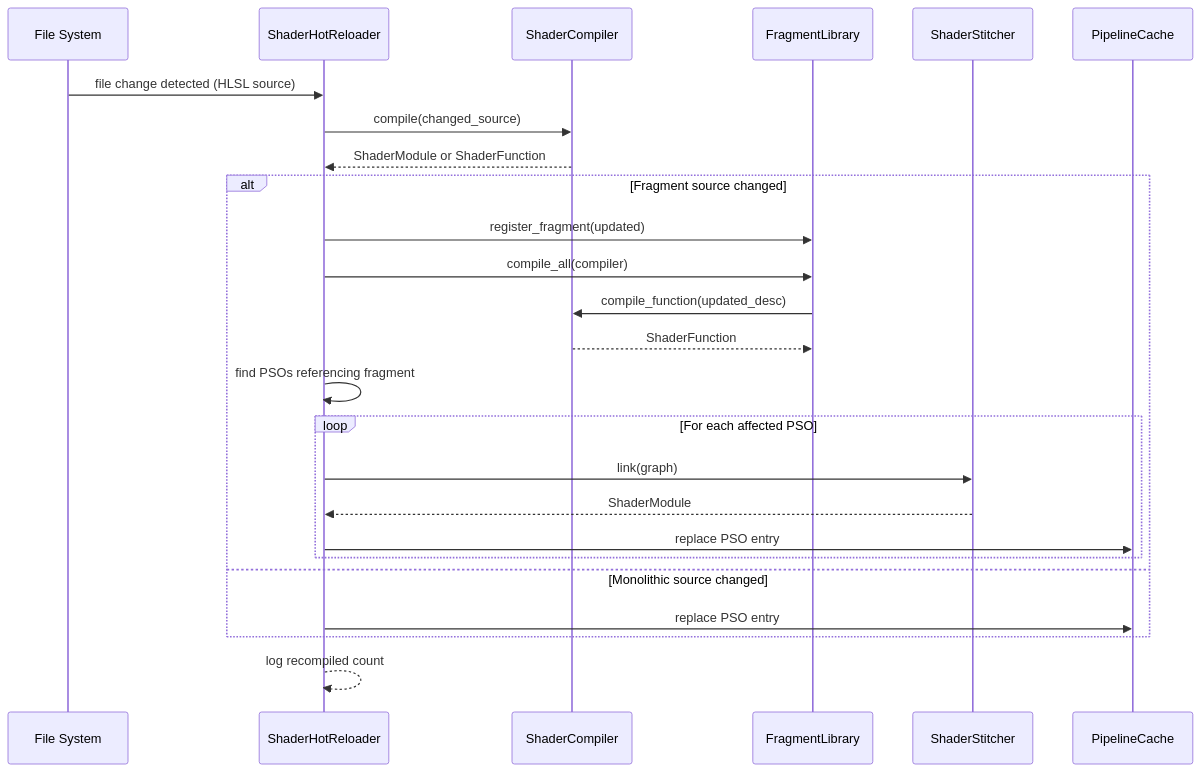
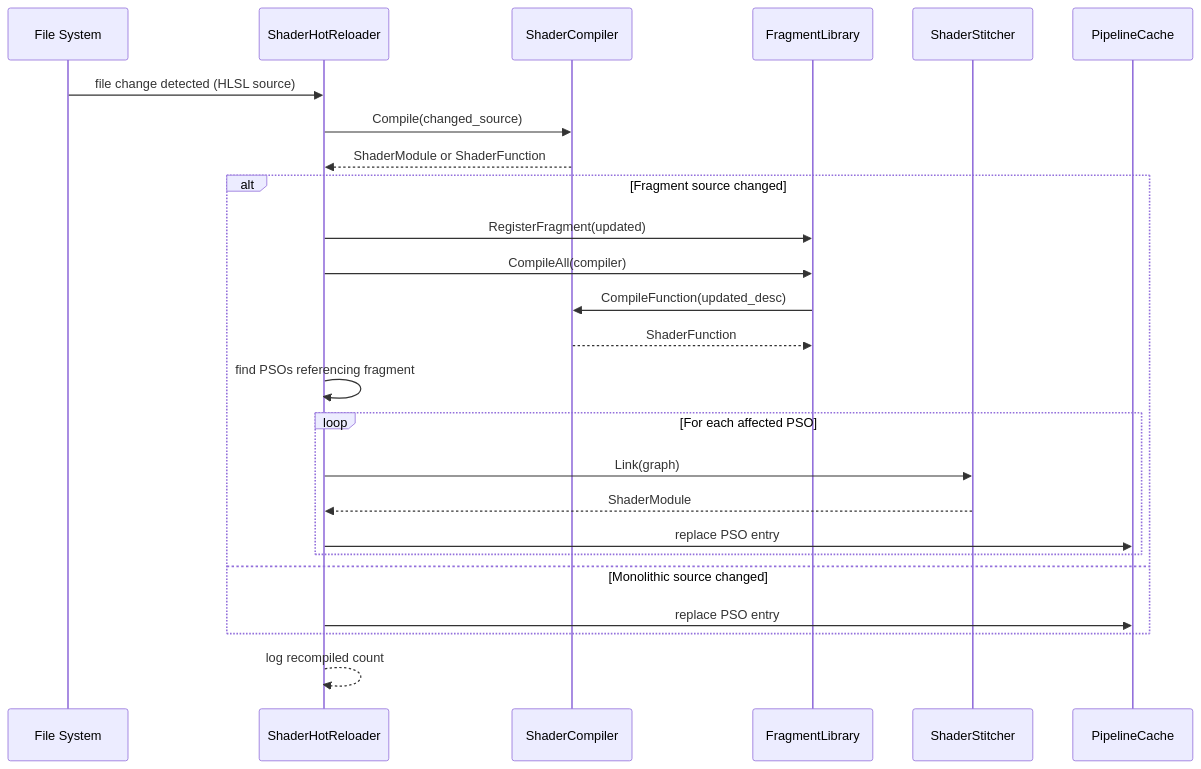
One commit to harmonius-dev/harmonius changed diagram 15 of 16 in docs/design/shader-pipeline-classes.md. Above: the diagram before and after it, drawn with Mermaid. The commit also changed other lines of this file and 67 other files, not shown here.

````diff
--- a/docs/design/shader-pipeline-classes.md
+++ b/docs/design/shader-pipeline-classes.md
@@ -804,29 +804,29 @@
 ```mermaid
 sequenceDiagram
     participant FS as File System
     participant HR as ShaderHotReloader
     participant SC as ShaderCompiler
     participant FL as FragmentLibrary
     participant Stitch as ShaderStitcher
     participant Cache as PipelineCache
 
     FS->>HR: file change detected (HLSL source)
-    HR->>SC: compile(changed_source)
+    HR->>SC: Compile(changed_source)
     SC-->>HR: ShaderModule or ShaderFunction
 
     alt Fragment source changed
-        HR->>FL: register_fragment(updated)
-        HR->>FL: compile_all(compiler)
-        FL->>SC: compile_function(updated_desc)
+        HR->>FL: RegisterFragment(updated)
+        HR->>FL: CompileAll(compiler)
+        FL->>SC: CompileFunction(updated_desc)
         SC-->>FL: ShaderFunction
         HR->>HR: find PSOs referencing fragment
         loop For each affected PSO
-            HR->>Stitch: link(graph)
+            HR->>Stitch: Link(graph)
             Stitch-->>HR: ShaderModule
             HR->>Cache: replace PSO entry
         end
     else Monolithic source changed
         HR->>Cache: replace PSO entry
     end
     HR-->>HR: log recompiled count
 ```
````
